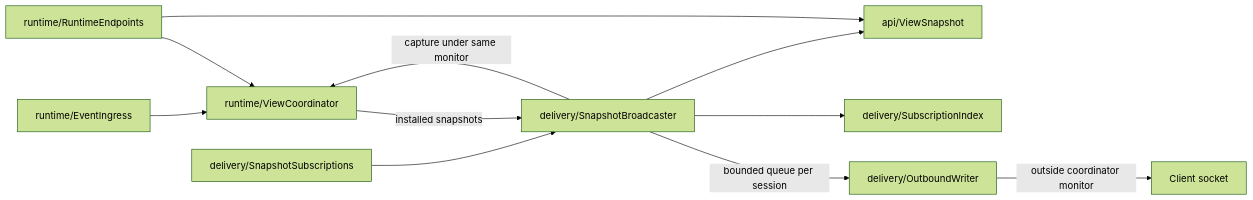
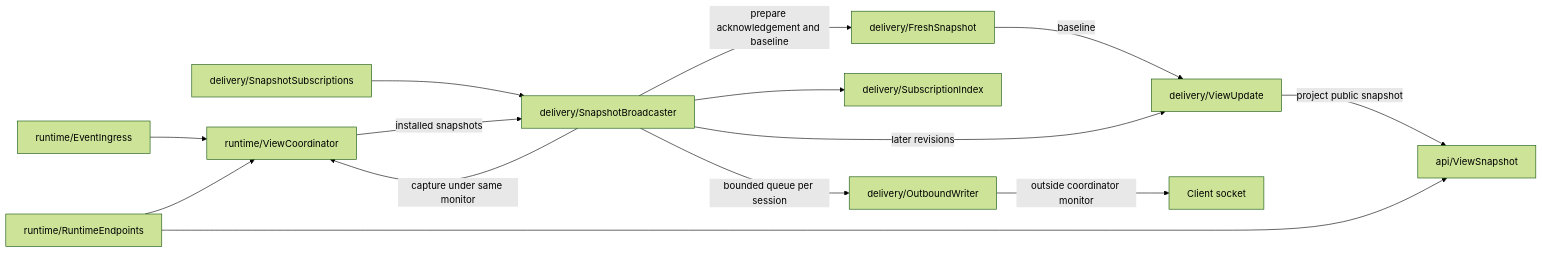
One commit to sproates/zooglass changed the fifth of 7 diagrams in zooglass/docs/source-map.md. Above: the diagram before and after it, drawn with Mermaid (forest theme). The commit also changed 38 other files, not shown here.

First line of the commit message:
Deliver a fresh snapshot for every live subscription (#138)

````diff
--- a/zooglass/docs/source-map.md
+++ b/zooglass/docs/source-map.md
@@ -96,13 +96,16 @@
 ```mermaid
 flowchart LR
   events["runtime/EventIngress"] --> coordinator["runtime/ViewCoordinator"]
   http["runtime/RuntimeEndpoints"] --> coordinator
   subscriptions["delivery/SnapshotSubscriptions"] --> broadcaster["delivery/SnapshotBroadcaster"]
   broadcaster -->|capture under same monitor| coordinator
   coordinator -->|installed snapshots| broadcaster
-  broadcaster --> dto["api/ViewSnapshot"]
+  broadcaster -->|prepare acknowledgement and baseline| recovery["delivery/FreshSnapshot"]
+  recovery -->|baseline| update["delivery/ViewUpdate"]
+  broadcaster -->|later revisions| update
+  update -->|project public snapshot| dto["api/ViewSnapshot"]
   broadcaster --> index["delivery/SubscriptionIndex"]
   broadcaster -->|bounded queue per session| writer["delivery/OutboundWriter"]
   writer -->|outside coordinator monitor| socket["Client socket"]
   http --> dto
 ```
````
